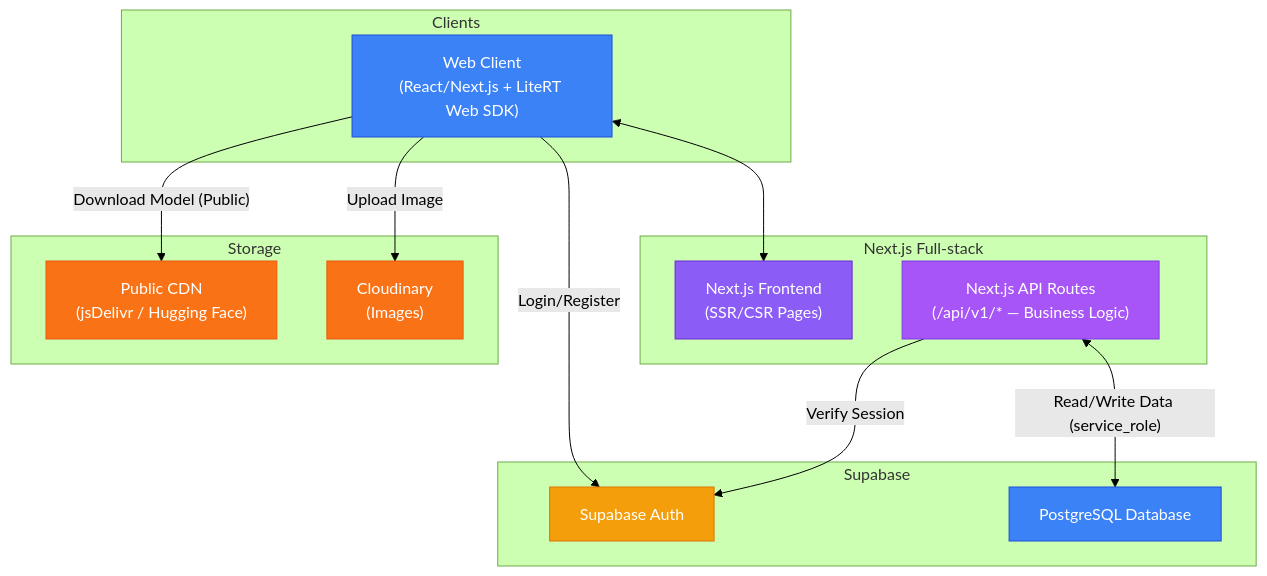
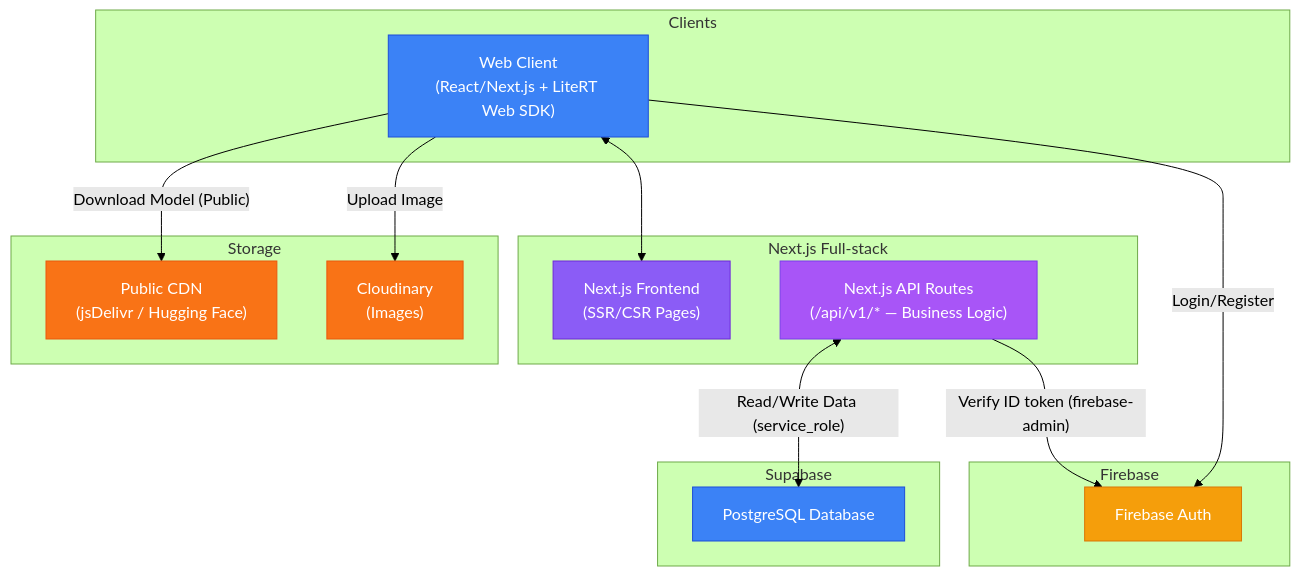
The first of 5 diagrams in docs/design/architecture.md (iAmHieu2012/Sequoia), drawn with Mermaid (forest theme) before and after one commit. The commit also changed other lines of this file and 71 other files, not shown here.

First line of the commit message:
feat(auth): move authentication to Firebase, Supabase stays the database

````diff
--- a/docs/design/architecture.md
+++ b/docs/design/architecture.md
@@ -10,39 +10,42 @@
 ```mermaid
 graph TB
     subgraph Clients
         WEB["Web Client<br/>(React/Next.js + LiteRT Web SDK)"]
     end
 
     subgraph "Next.js Full-stack"
         FRONTEND["Next.js Frontend<br/>(SSR/CSR Pages)"]
         API["Next.js API Routes<br/>(/api/v1/* — Business Logic)"]
     end
 
+    subgraph Firebase
+        AUTH["Firebase Auth"]
+    end
+
     subgraph Supabase
-        AUTH["Supabase Auth"]
         POSTGRES["PostgreSQL Database"]
     end
 
     subgraph Storage
         CDN["Public CDN<br/>(jsDelivr / Hugging Face)"]
         CLOUDINARY["Cloudinary<br/>(Images)"]
     end
 
     WEB <--> FRONTEND
 
     WEB -->|"Login/Register"| AUTH
 
-    API -->|"Verify Session"| AUTH
+    API -->|"Verify ID token (firebase-admin)"| AUTH
     API <-->|"Read/Write Data (service_role)"| POSTGRES
 
     WEB -->|"Download Model (Public)"| CDN
     WEB -->|"Upload Image"| CLOUDINARY
 
     style WEB fill:#3b82f6,stroke:#1d4ed8,color:#fff
     style FRONTEND fill:#8b5cf6,stroke:#6d28d9,color:#fff
     style API fill:#a855f7,stroke:#7c3aed,color:#fff
     style AUTH fill:#f59e0b,stroke:#d97706,color:#fff
     style POSTGRES fill:#3b82f6,stroke:#1d4ed8,color:#fff
     style CDN fill:#f97316,stroke:#ea580c,color:#fff
     style CLOUDINARY fill:#f97316,stroke:#ea580c,color:#fff
 ```
````
